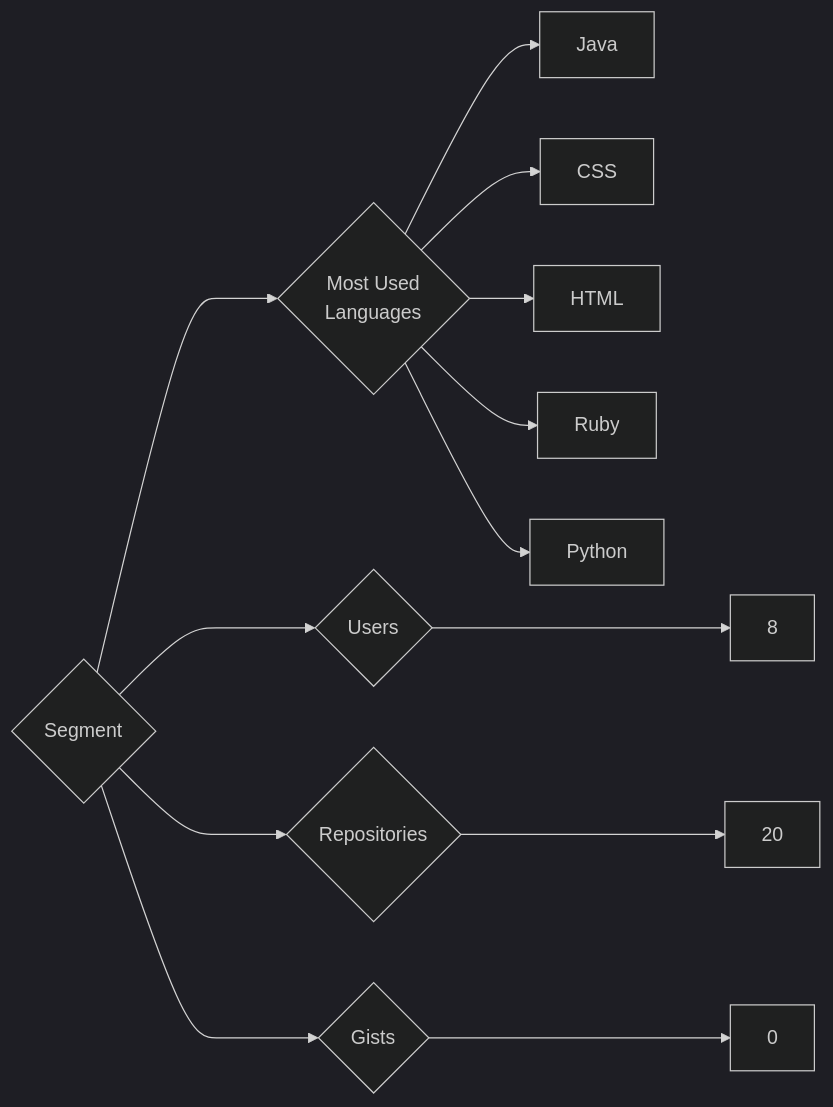
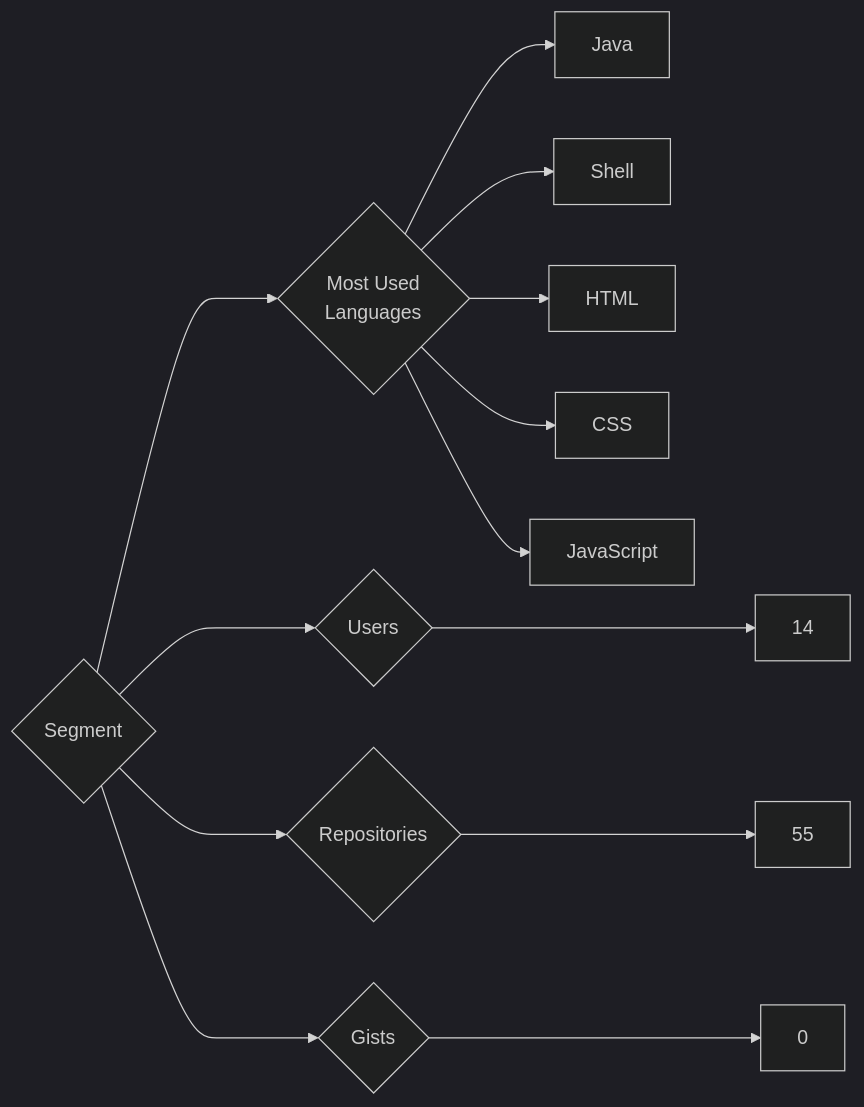
Before and after one commit to trickest/insiders: the diagram in targets/Segment/README.md, drawn with Mermaid (dark theme). The commit also changed 886 other files, not shown here.

````diff
--- a/targets/Segment/README.md
+++ b/targets/Segment/README.md
@@ -3,13 +3,13 @@
 ```mermaid
 graph LR
 COMPANY_NAME{Segment}
-COMPANY_NAME ---> U{Users} ---> UN[8]
-COMPANY_NAME ---> R{Repositories} ---> RN[20]
+COMPANY_NAME ---> U{Users} ---> UN[14]
+COMPANY_NAME ---> R{Repositories} ---> RN[55]
 COMPANY_NAME ---> G{Gists} ---> GN[0]
 COMPANY_NAME ---> ML{Most Used<br>Languages}
 ML --> Java[Java]
+ML --> Shell[Shell]
+ML --> HTML[HTML]
 ML --> CSS[CSS]
-ML --> HTML[HTML]
-ML --> Ruby[Ruby]
-ML --> Python[Python]
+ML --> JavaScript[JavaScript]
 ```
````
